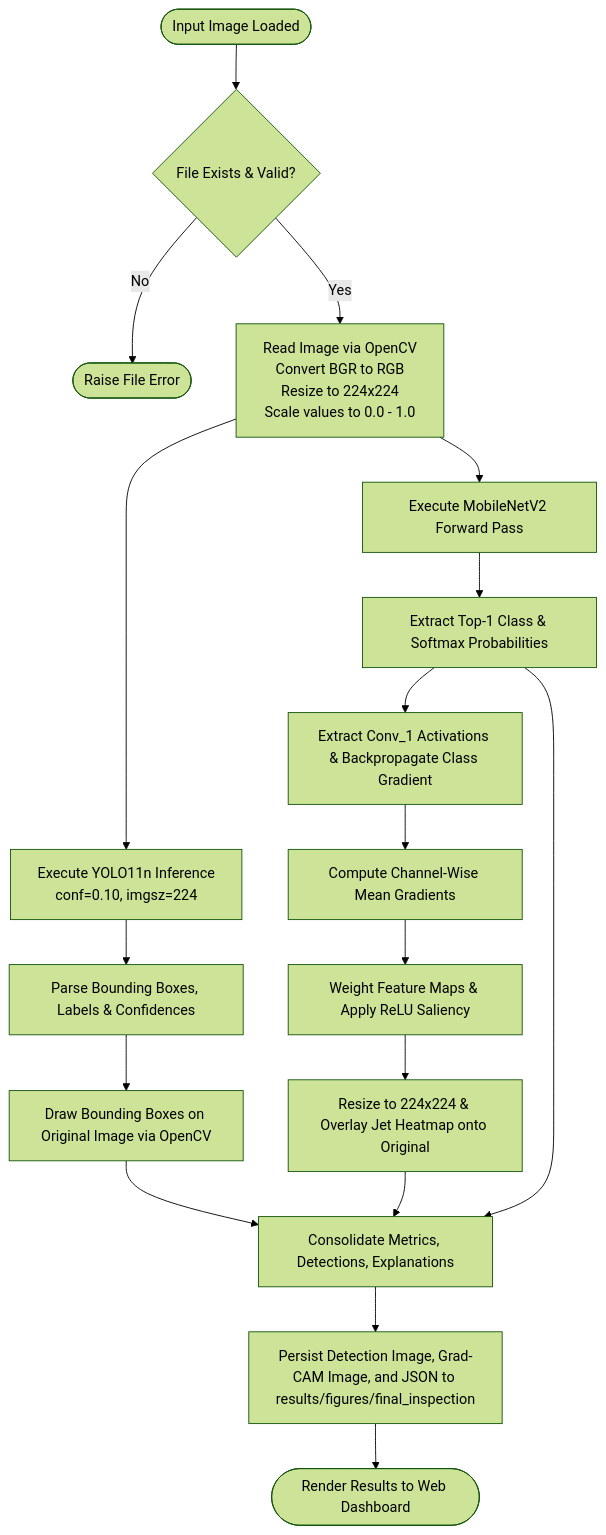
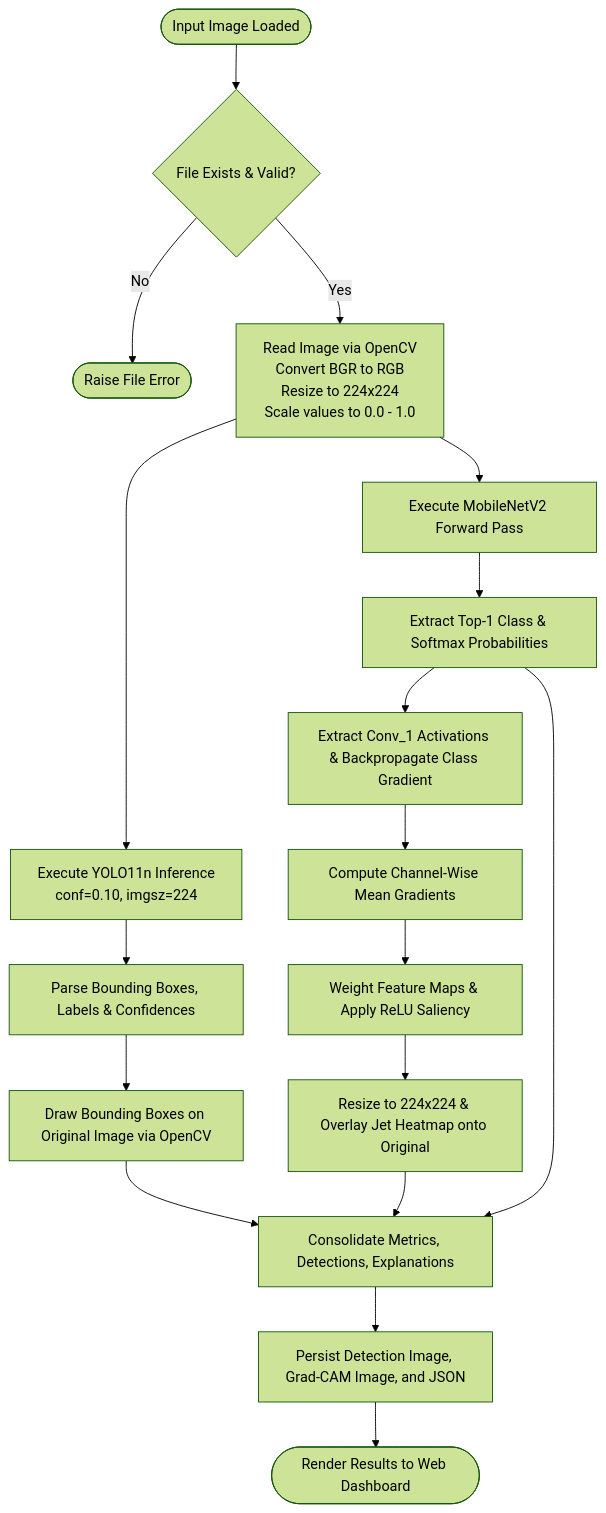
Before and after one commit to Hiral8Patel/SteelSurface-Defect-Inspection: the second of 2 diagrams in README.md, drawn with Mermaid (forest theme). The commit also changed other lines of this file, not shown here.

Commit message:
Fix Mermaid diagram syntax in README.md

````diff
--- a/README.md
+++ b/README.md
@@ -163,25 +163,25 @@
 ```mermaid
 flowchart TD
-    Start([Input Image Loaded]) --> Validate{File Exists & Valid?}
-    Validate -- No --> ErrorTerm([Raise File Error])
-    Validate -- Yes --> Preprocess[Read Image via OpenCV<br/>Convert BGR to RGB<br/>Resize to 224x224<br/>Scale values to 0.0 - 1.0]
+    Start(["Input Image Loaded"]) --> Validate{"File Exists & Valid?"}
+    Validate -- No --> ErrorTerm(["Raise File Error"])
+    Validate -- Yes --> Preprocess["Read Image via OpenCV<br/>Convert BGR to RGB<br/>Resize to 224x224<br/>Scale values to 0.0 - 1.0"]
     
-    Preprocess --> Classify[Execute MobileNetV2 Forward Pass]
-    Classify --> CalcScores[Extract Top-1 Class & Softmax Probabilities]
+    Preprocess --> Classify["Execute MobileNetV2 Forward Pass"]
+    Classify --> CalcScores["Extract Top-1 Class & Softmax Probabilities"]
     
-    Preprocess --> Detect[Execute YOLO11n Inference<br/>conf=0.10, imgsz=224]
-    Detect --> ParseBoxes[Parse Bounding Boxes, Labels & Confidences]
+    Preprocess --> Detect["Execute YOLO11n Inference<br/>conf=0.10, imgsz=224"]
+    Detect --> ParseBoxes["Parse Bounding Boxes, Labels & Confidences"]
     
-    CalcScores --> CamGrad[Extract Conv_1 Activations & Backpropagate Class Gradient]
-    CamGrad --> CamPool[Compute Channel-Wise Mean Gradients]
-    CamPool --> CamHeat[Weight Feature Maps & Apply ReLU Saliency]
-    CamHeat --> CamBlend[Resize to 224x224 & Overlay Jet Heatmap onto Original]
+    CalcScores --> CamGrad["Extract Conv_1 Activations & Backpropagate Class Gradient"]
+    CamGrad --> CamPool["Compute Channel-Wise Mean Gradients"]
+    CamPool --> CamHeat["Weight Feature Maps & Apply ReLU Saliency"]
+    CamHeat --> CamBlend["Resize to 224x224 & Overlay Jet Heatmap onto Original"]
 
-    ParseBoxes --> DrawBoxes[Draw Bounding Boxes on Original Image via OpenCV]
+    ParseBoxes --> DrawBoxes["Draw Bounding Boxes on Original Image via OpenCV"]
     
-    DrawBoxes --> Combine[Consolidate Metrics, Detections, Explanations]
+    DrawBoxes --> Combine["Consolidate Metrics, Detections, Explanations"]
     CamBlend --> Combine
     CalcScores --> Combine
-    Combine --> SaveFigures[Persist Detection Image, Grad-CAM Image, and JSON to results/figures/final_inspection]
-    SaveFigures --> ReturnStreamlit([Render Results to Web Dashboard])
+    Combine --> SaveFigures["Persist Detection Image, Grad-CAM Image, and JSON"]
+    SaveFigures --> ReturnStreamlit(["Render Results to Web Dashboard"])
 ```
````
